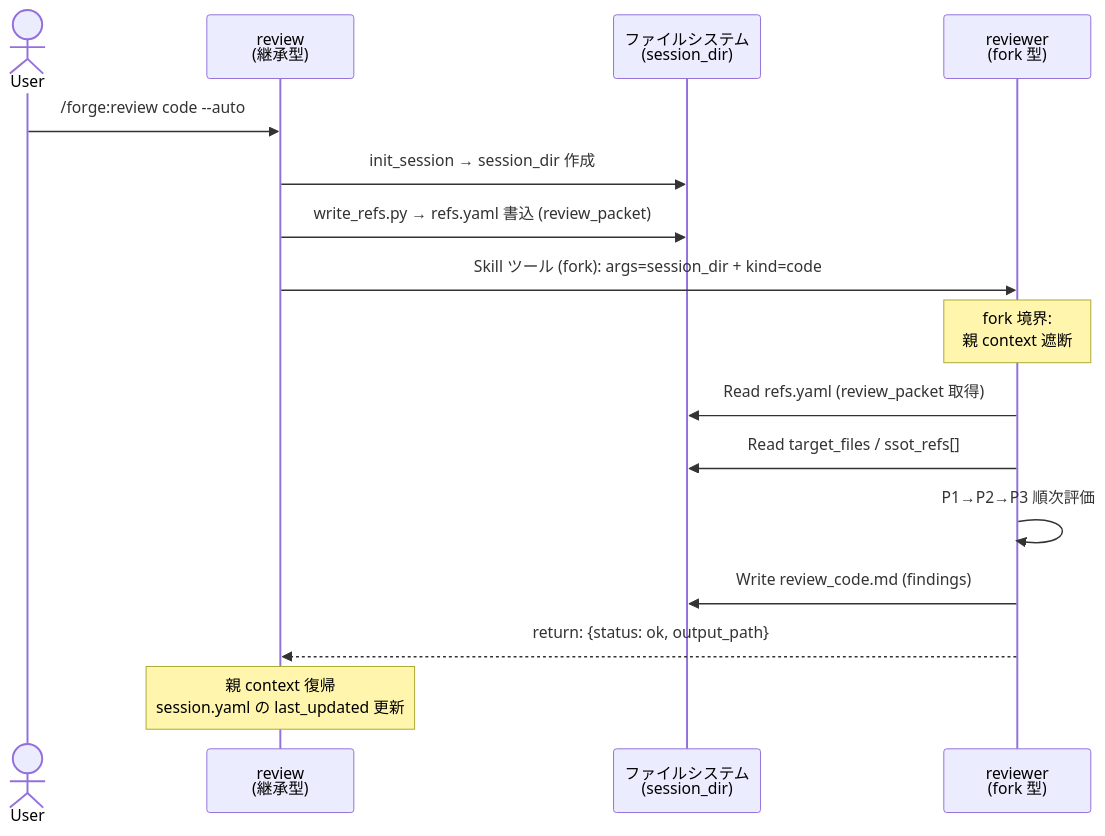
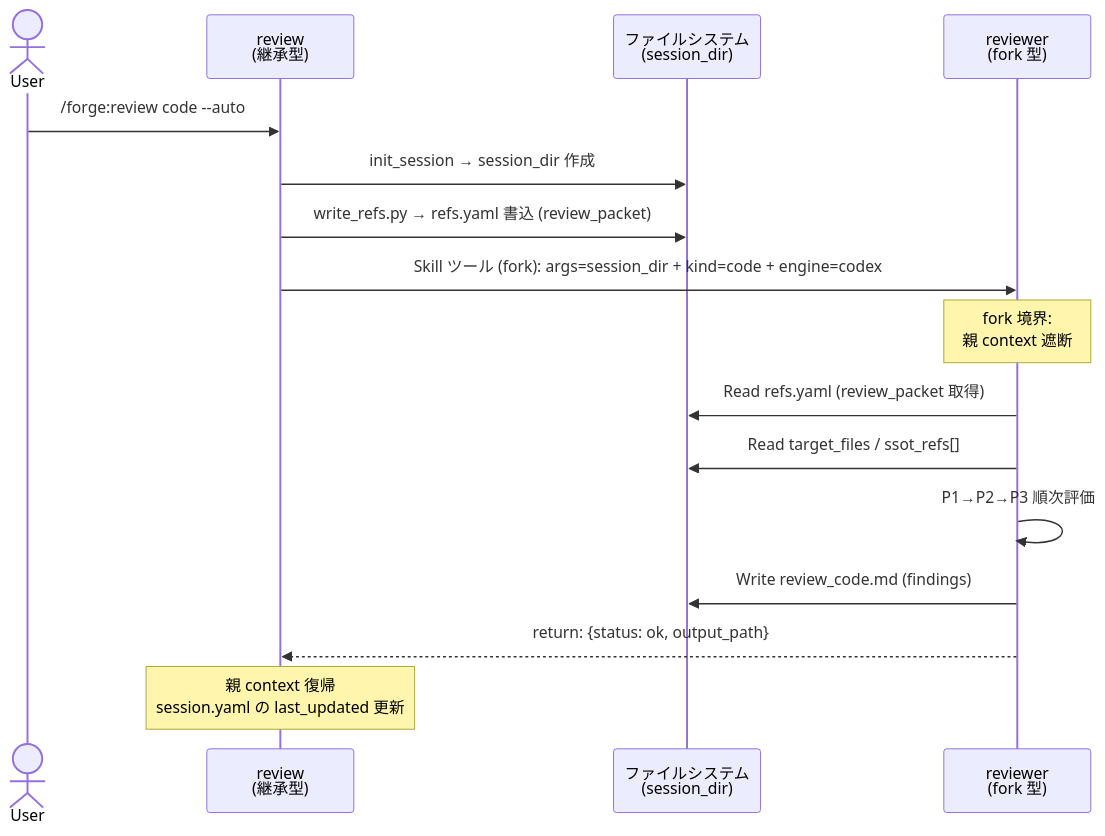
One commit to BlueEventHorizon/bw-cc-plugins changed the third of 4 diagrams in docs/specs/forge-subagent/design/SUBAGENT-DES-001_skill_agent_launch_contract_design.md. Above: the diagram before and after it, drawn with Mermaid. The commit also changed other lines of this file, not shown here.

Commit message:
refactor: skill re-design

````diff
--- a/docs/specs/forge-subagent/design/SUBAGENT-DES-001_skill_agent_launch_contract_design.md
+++ b/docs/specs/forge-subagent/design/SUBAGENT-DES-001_skill_agent_launch_contract_design.md
@@ -206,19 +206,19 @@
 ```mermaid
 sequenceDiagram
     actor User
     participant Review as review<br/>(継承型)
     participant FS as ファイルシステム<br/>(session_dir)
     participant Reviewer as reviewer<br/>(fork 型)
 
     User->>Review: /forge:review code --auto
     Review->>FS: init_session → session_dir 作成
     Review->>FS: write_refs.py → refs.yaml 書込 (review_packet)
-    Review->>Reviewer: Skill ツール (fork): args=session_dir + kind=code
+    Review->>Reviewer: Skill ツール (fork): args=session_dir + kind=code + engine=codex
     Note over Reviewer: fork 境界:<br/>親 context 遮断
     Reviewer->>FS: Read refs.yaml (review_packet 取得)
     Reviewer->>FS: Read target_files / ssot_refs[]
     Reviewer->>Reviewer: P1→P2→P3 順次評価
     Reviewer->>FS: Write review_code.md (findings)
     Reviewer-->>Review: return: {status: ok, output_path}
     Note over Review: 親 context 復帰<br/>session.yaml の last_updated 更新
 ```
````
